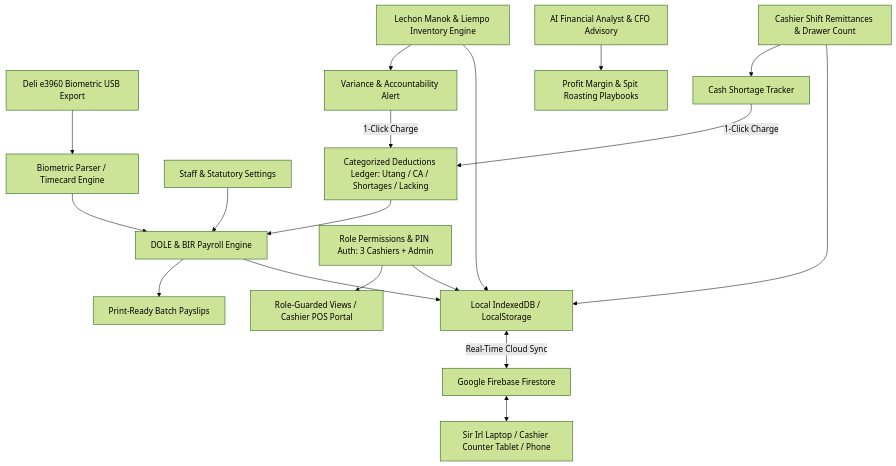
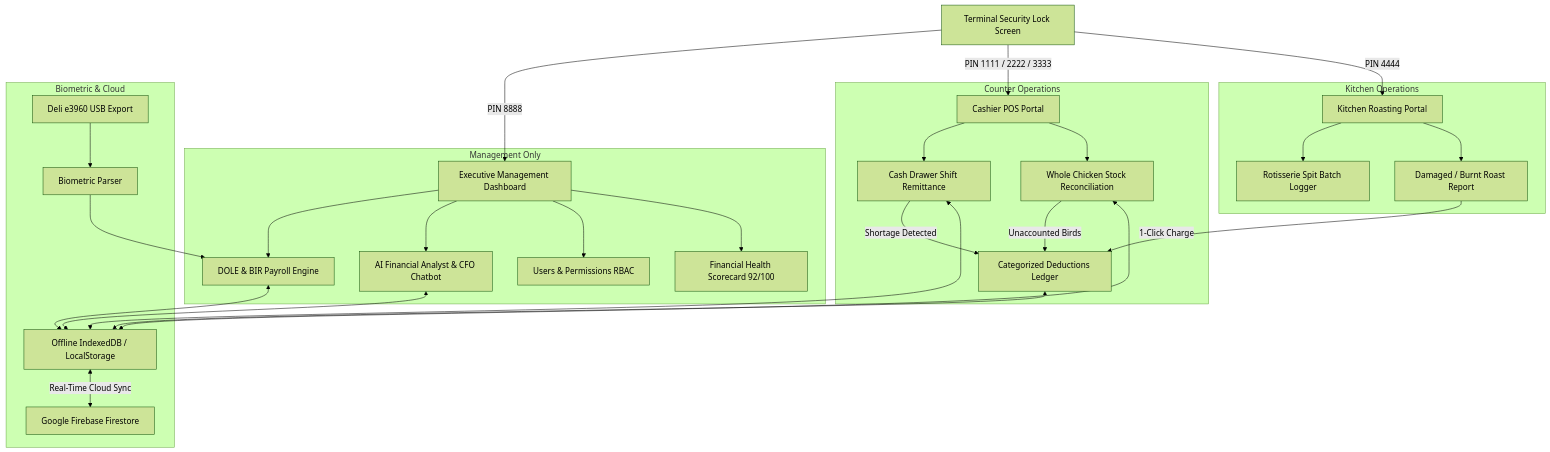
One commit to jasonvelasquez1410/rons-chicken-payroll changed the diagram in project.md. Above: the diagram before and after it, drawn with Mermaid (forest theme). The commit also changed other lines of this file, not shown here.

Commit message:
docs: update project.md with complete v4.0.8 erp lock screen, ai cfo and resume guide

````diff
--- a/project.md
+++ b/project.md
@@ -29,21 +46,33 @@
 ```mermaid
 graph TD
-    A[Deli e3960 Biometric USB Export] --> B[Biometric Parser / Timecard Engine]
-    B --> C[DOLE & BIR Payroll Engine]
-    D[Staff & Statutory Settings] --> C
-    E[Categorized Deductions Ledger: Utang / CA / Shortages / Lacking] --> C
-    C --> F[Print-Ready Batch Payslips]
-    
-    G[Lechon Manok & Liempo Inventory Engine] --> H[Variance & Accountability Alert]
-    H -->|1-Click Charge| E
-    
-    I[Cashier Shift Remittances & Drawer Count] --> J[Cash Shortage Tracker]
-    J -->|1-Click Charge| E
-    
-    K[Role Permissions & PIN Auth: 3 Cashiers + Admin] --> L[Role-Guarded Views / Cashier POS Portal]
-    M[AI Financial Analyst & CFO Advisory] --> N[Profit Margin & Spit Roasting Playbooks]
-    
-    C & G & I & K --> O[Local IndexedDB / LocalStorage]
-    O <-->|Real-Time Cloud Sync| P[Google Firebase Firestore]
-    P <--> Q[Sir Irl Laptop / Cashier Counter Tablet / Phone]
+    A[Terminal Security Lock Screen] -->|PIN 8888| B[Executive Management Dashboard]
+    A -->|PIN 1111 / 2222 / 3333| C[Cashier POS Portal]
+    A -->|PIN 4444| D[Kitchen Roasting Portal]
+
+    subgraph Management Only
+        B --> E[DOLE & BIR Payroll Engine]
+        B --> F[AI Financial Analyst & CFO Chatbot]
+        B --> G[Users & Permissions RBAC]
+        B --> H[Financial Health Scorecard 92/100]
+    end
+
+    subgraph Counter Operations
+        C --> I[Cash Drawer Shift Remittance]
+        C --> J[Whole Chicken Stock Reconciliation]
+        I -->|Shortage Detected| K[Categorized Deductions Ledger]
+        J -->|Unaccounted Birds| K
+    end
+
+    subgraph Kitchen Operations
+        D --> L[Rotisserie Spit Batch Logger]
+        D --> M[Damaged / Burnt Roast Report]
+        M -->|1-Click Charge| K
+    end
+
+    subgraph Biometric & Cloud
+        N[Deli e3960 USB Export] --> O[Biometric Parser]
+        O --> E
+        E & K & I & J & F <--> P[Offline IndexedDB / LocalStorage]
+        P <-->|Real-Time Cloud Sync| Q[Google Firebase Firestore]
+    end
 ```
````
